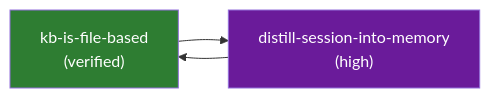
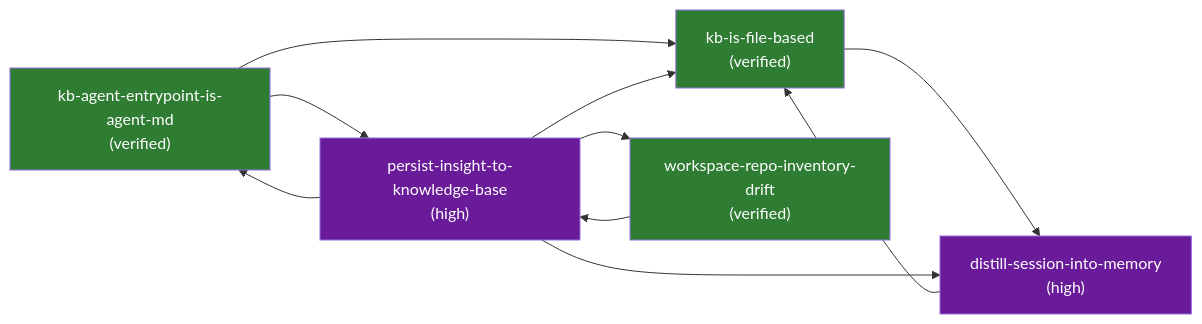
The diagram in .kb/generated/graph.mmd (jvanheerikhuize/knowledge-base), drawn with Mermaid before and after one commit. The commit also changed 5 other files, not shown here.

First line of the commit message:
feat(memory): record workspace inventory drift and KB entrypoint facts

```diff
--- a/.kb/generated/graph.mmd
+++ b/.kb/generated/graph.mmd
@@ -1,12 +1,22 @@
 flowchart LR
     classDef semantic fill:#2e7d32,color:#fff
     classDef episodic fill:#1565c0,color:#fff
     classDef procedural fill:#6a1b9a,color:#fff
     classDef working fill:#8d6e63,color:#fff
     classDef retrieval fill:#00838f,color:#fff
     classDef parametric fill:#455a64,color:#fff
     classDef prospective fill:#ef6c00,color:#fff
+    n_kb_agent_entrypoint_is_agent_md["kb-agent-entrypoint-is-agent-md<br/>(verified)"]:::semantic
     n_kb_is_file_based["kb-is-file-based<br/>(verified)"]:::semantic
+    n_workspace_repo_inventory_drift["workspace-repo-inventory-drift<br/>(verified)"]:::semantic
     n_distill_session_into_memory["distill-session-into-memory<br/>(high)"]:::procedural
+    n_persist_insight_to_knowledge_base["persist-insight-to-knowledge-base<br/>(high)"]:::procedural
+    n_kb_agent_entrypoint_is_agent_md --> n_kb_is_file_based
+    n_kb_agent_entrypoint_is_agent_md --> n_persist_insight_to_knowledge_base
     n_kb_is_file_based --> n_distill_session_into_memory
+    n_workspace_repo_inventory_drift --> n_persist_insight_to_knowledge_base
     n_distill_session_into_memory --> n_kb_is_file_based
+    n_persist_insight_to_knowledge_base --> n_distill_session_into_memory
+    n_persist_insight_to_knowledge_base --> n_kb_is_file_based
+    n_persist_insight_to_knowledge_base --> n_workspace_repo_inventory_drift
+    n_persist_insight_to_knowledge_base --> n_kb_agent_entrypoint_is_agent_md
```
